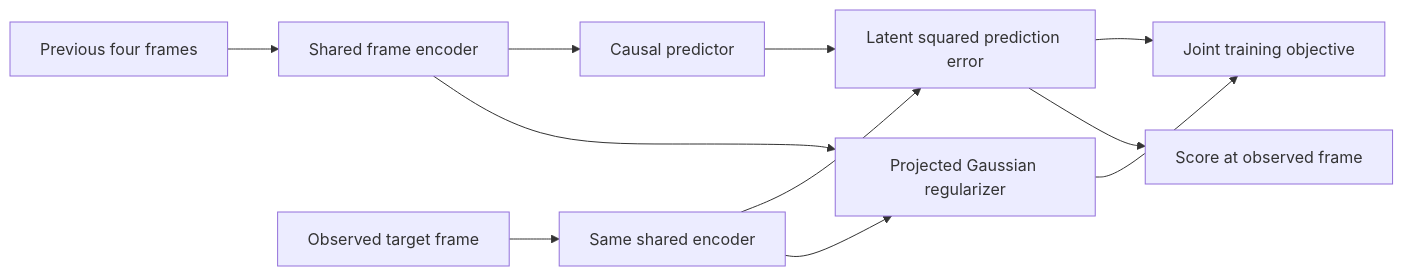
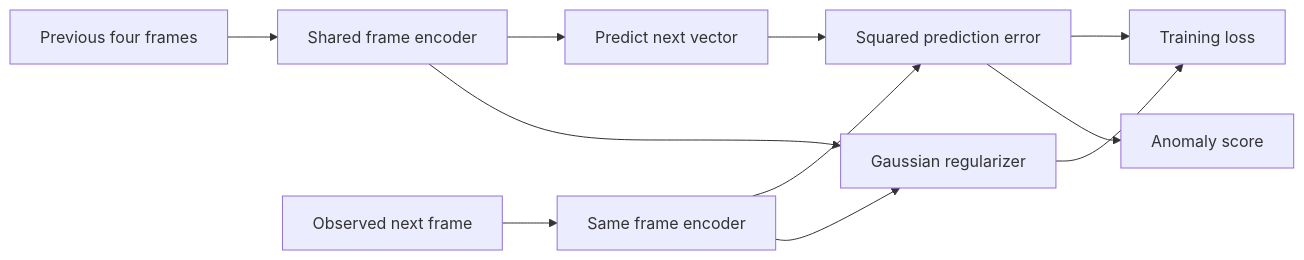
Before and after one commit to sandeshbagmare/beltwatch-lab: the diagram in docs/METHOD.md, drawn with Mermaid. The commit also changed other lines of this file and 23 other files, not shown here.

````diff
--- a/docs/METHOD.md
+++ b/docs/METHOD.md
@@ -7,13 +7,13 @@
 ```mermaid
 flowchart LR
     H[Previous four frames] --> CE[Shared frame encoder]
-    CE --> P[Causal predictor]
-    P --> L[Latent squared prediction error]
-    O[Observed target frame] --> OE[Same shared encoder]
+    CE --> P[Predict next vector]
+    P --> L[Squared prediction error]
+    O[Observed next frame] --> OE[Same frame encoder]
     OE --> L
-    CE --> R[Projected Gaussian regularizer]
+    CE --> R[Gaussian regularizer]
     OE --> R
-    L --> OBJ[Joint training objective]
+    L --> OBJ[Training loss]
     R --> OBJ
-    L --> S[Score at observed frame]
+    L --> S[Anomaly score]
 ```
````
